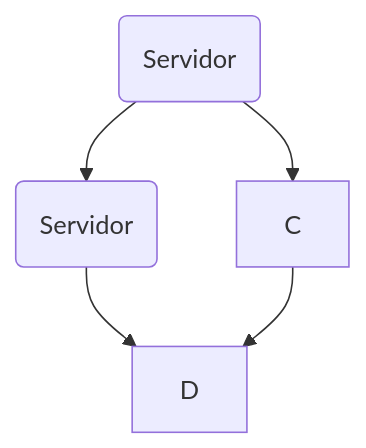
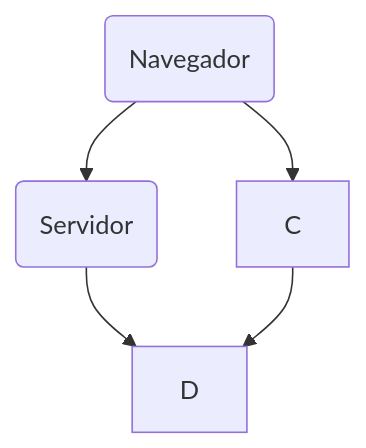
One commit to OmAn94/Markdown changed the diagram in README.md. Above: the diagram before and after it, drawn with Mermaid.

````diff
--- a/README.md
+++ b/README.md
@@ -5,7 +5,7 @@
 ```mermaid
 graph TD;
-    A(Servidor)-->B(Servidor);
+    A(Navegador)-->B(Servidor);
     A-->C;
     B-->D;
     C-->D;
 ```
````
